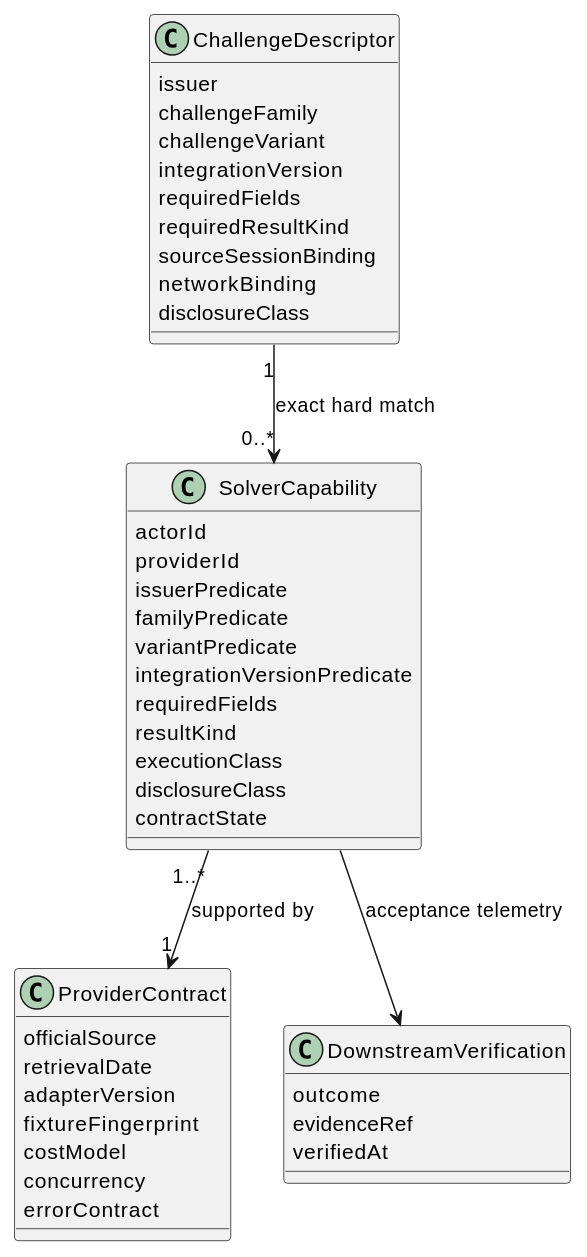
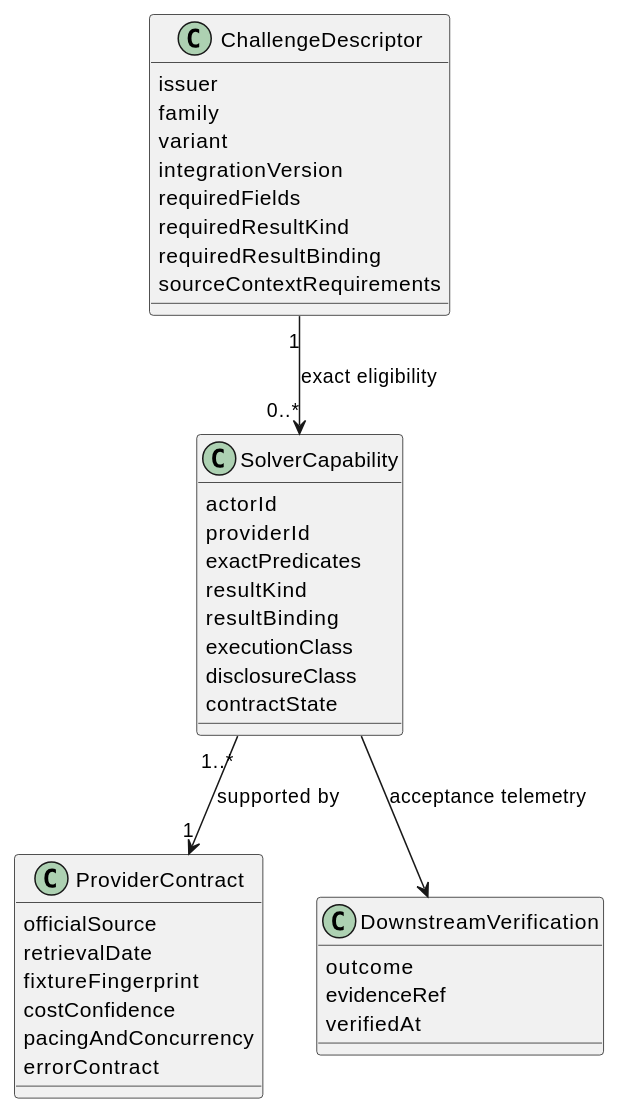
The diagram in roam/research/starintel-pro-actors/STAR-PRO-RESEARCH-006-captcha-challenge-provider-landscape.org (lost-rob0t/starintel-auto-research), drawn with PlantUML before and after one commit. The commit also changed other lines of this file, not shown here.

```diff
--- a/roam/research/starintel-pro-actors/STAR-PRO-RESEARCH-006-captcha-challenge-provider-landscape.org
+++ b/roam/research/starintel-pro-actors/STAR-PRO-RESEARCH-006-captcha-challenge-provider-landscape.org
@@ -265,49 +261,44 @@
 #+begin_src plantuml
 @startuml
 class ChallengeDescriptor {
   issuer
-  challengeFamily
-  challengeVariant
+  family
+  variant
   integrationVersion
   requiredFields
   requiredResultKind
-  sourceSessionBinding
-  networkBinding
-  disclosureClass
+  requiredResultBinding
+  sourceContextRequirements
 }
 
 class SolverCapability {
   actorId
   providerId
-  issuerPredicate
-  familyPredicate
-  variantPredicate
-  integrationVersionPredicate
-  requiredFields
+  exactPredicates
   resultKind
+  resultBinding
   executionClass
   disclosureClass
   contractState
 }
 
 class ProviderContract {
   officialSource
   retrievalDate
-  adapterVersion
   fixtureFingerprint
-  costModel
-  concurrency
+  costConfidence
+  pacingAndConcurrency
   errorContract
 }
 
 class DownstreamVerification {
   outcome
   evidenceRef
   verifiedAt
 }
 
-ChallengeDescriptor "1" --> "0..*" SolverCapability : exact hard match
+ChallengeDescriptor "1" --> "0..*" SolverCapability : exact eligibility
 SolverCapability "1..*" --> "1" ProviderContract : supported by
 SolverCapability --> DownstreamVerification : acceptance telemetry
 @enduml
 #+end_src
```
